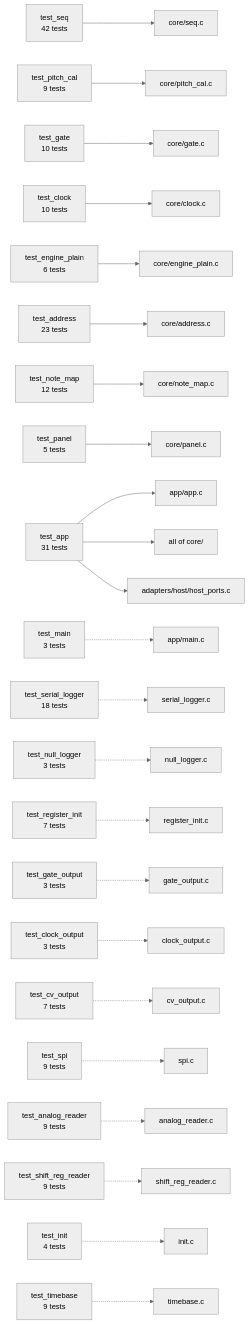
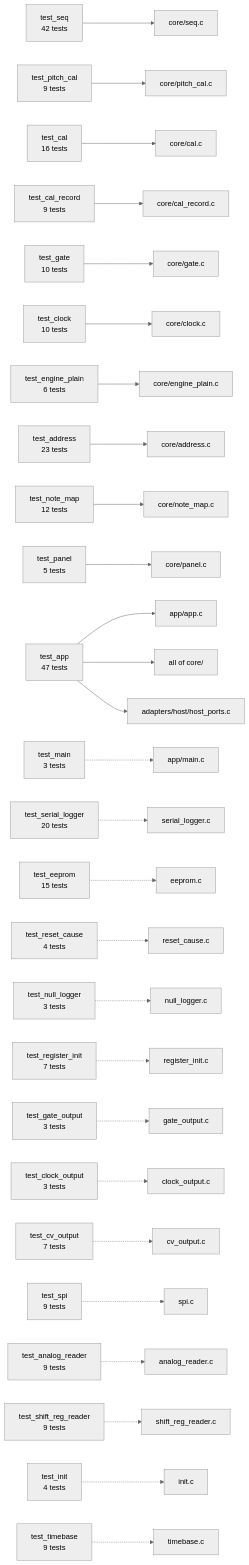
Diagram 19 of 23 in docs/ARCHITECTURE.md (BonelessPig/nano_sequencer), drawn with Mermaid (neutral theme) before and after one commit. The commit also changed other lines of this file and 39 other files, not shown here.

````diff
--- a/docs/ARCHITECTURE.md
+++ b/docs/ARCHITECTURE.md
@@ -683,26 +804,30 @@
 ```mermaid
 flowchart LR
     t_seq["test_seq<br/>42 tests"] --> seq["core/seq.c"]
     t_cal["test_pitch_cal<br/>9 tests"] --> cal["core/pitch_cal.c"]
+    t_calm["test_cal<br/>16 tests"] --> calm["core/cal.c"]
+    t_rec["test_cal_record<br/>9 tests"] --> rec["core/cal_record.c"]
     t_gate["test_gate<br/>10 tests"] --> gate["core/gate.c"]
     t_clock["test_clock<br/>10 tests"] --> clock["core/clock.c"]
     t_engine["test_engine_plain<br/>6 tests"] --> engine["core/engine_plain.c"]
     t_address["test_address<br/>23 tests"] --> address["core/address.c"]
     t_note["test_note_map<br/>12 tests"] --> note["core/note_map.c"]
     t_panel["test_panel<br/>5 tests"] --> panel["core/panel.c"]
-    t_app["test_app<br/>31 tests"] --> app["app/app.c"]
+    t_app["test_app<br/>47 tests"] --> app["app/app.c"]
     t_app --> core["all of core/"]
     t_app --> hostp["adapters/host/host_ports.c"]
     t_main["test_main<br/>3 tests"] -.-> mainc["app/main.c"]
-    t_ser["test_serial_logger<br/>18 tests"] -.-> ser["serial_logger.c"]
+    t_ser["test_serial_logger<br/>20 tests"] -.-> ser["serial_logger.c"]
+    t_ee["test_eeprom<br/>15 tests"] -.-> ee["eeprom.c"]
+    t_rst["test_reset_cause<br/>4 tests"] -.-> rst["reset_cause.c"]
     t_null["test_null_logger<br/>3 tests"] -.-> nul["null_logger.c"]
     t_reg["test_register_init<br/>7 tests"] -.-> reg["register_init.c"]
     t_gout["test_gate_output<br/>3 tests"] -.-> gout["gate_output.c"]
     t_cout["test_clock_output<br/>3 tests"] -.-> cout["clock_output.c"]
     t_cv["test_cv_output<br/>7 tests"] -.-> cv["cv_output.c"]
     t_spi["test_spi<br/>9 tests"] -.-> spi["spi.c"]
     t_adc["test_analog_reader<br/>9 tests"] -.-> adc["analog_reader.c"]
     t_shift["test_shift_reg_reader<br/>9 tests"] -.-> shift["shift_reg_reader.c"]
     t_init["test_init<br/>4 tests"] -.-> init["init.c"]
     t_time["test_timebase<br/>9 tests"] -.-> time["timebase.c"]
 ```
````
